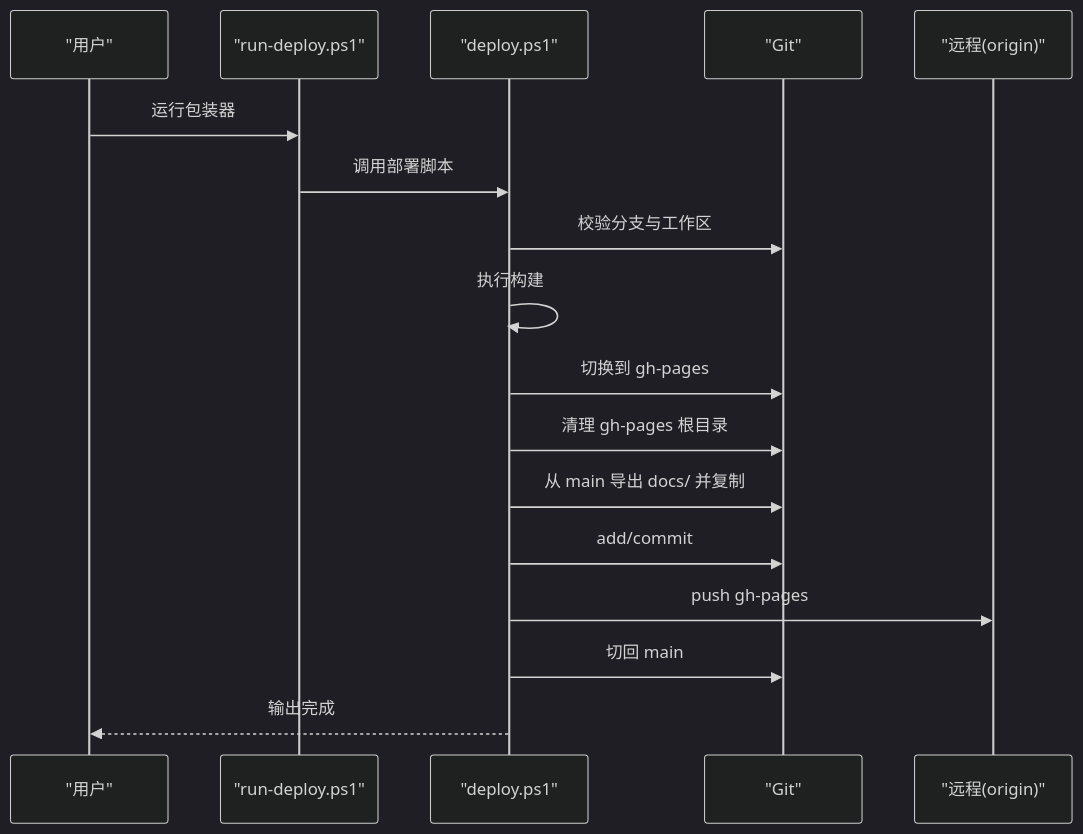
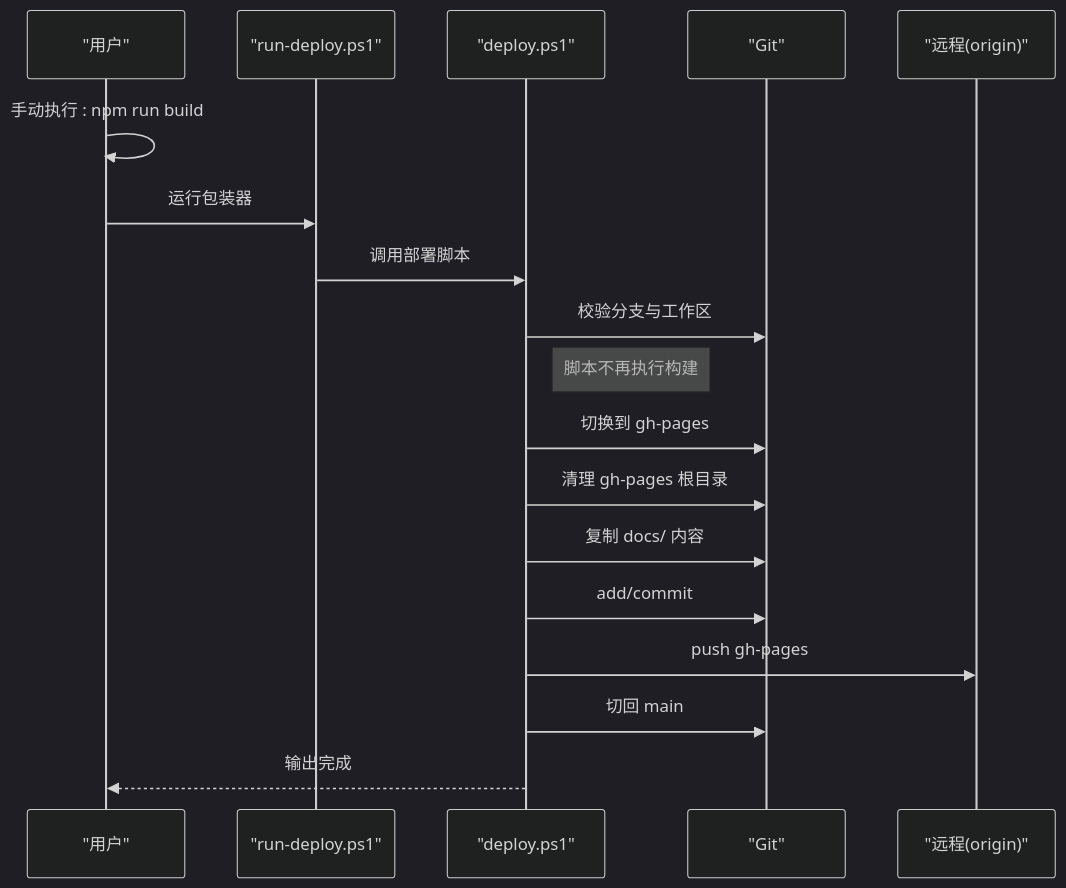
The fifth of 5 diagrams in .qoder/repowiki/zh/content/部署说明.md (vincentline/MeeWoo.me), drawn with Mermaid (dark theme) before and after one commit. The commit also changed other lines of this file and 8 other files, not shown here.

````diff
--- a/.qoder/repowiki/zh/content/部署说明.md
+++ b/.qoder/repowiki/zh/content/部署说明.md
@@ -314,19 +315,20 @@
 ```mermaid
 sequenceDiagram
 participant U as "用户"
 participant RD as "run-deploy.ps1"
 participant DP as "deploy.ps1"
 participant G as "Git"
 participant R as "远程(origin)"
+U->>U : 手动执行 : npm run build
 U->>RD : 运行包装器
 RD->>DP : 调用部署脚本
 DP->>G : 校验分支与工作区
-DP->>DP : 执行构建
+Note right of DP : 脚本不再执行构建
 DP->>G : 切换到 gh-pages
 DP->>G : 清理 gh-pages 根目录
-DP->>G : 从 main 导出 docs/ 并复制
+DP->>G : 复制 docs/ 内容
 DP->>G : add/commit
 DP->>R : push gh-pages
 DP->>G : 切回 main
 DP-->>U : 输出完成
 ```
````
